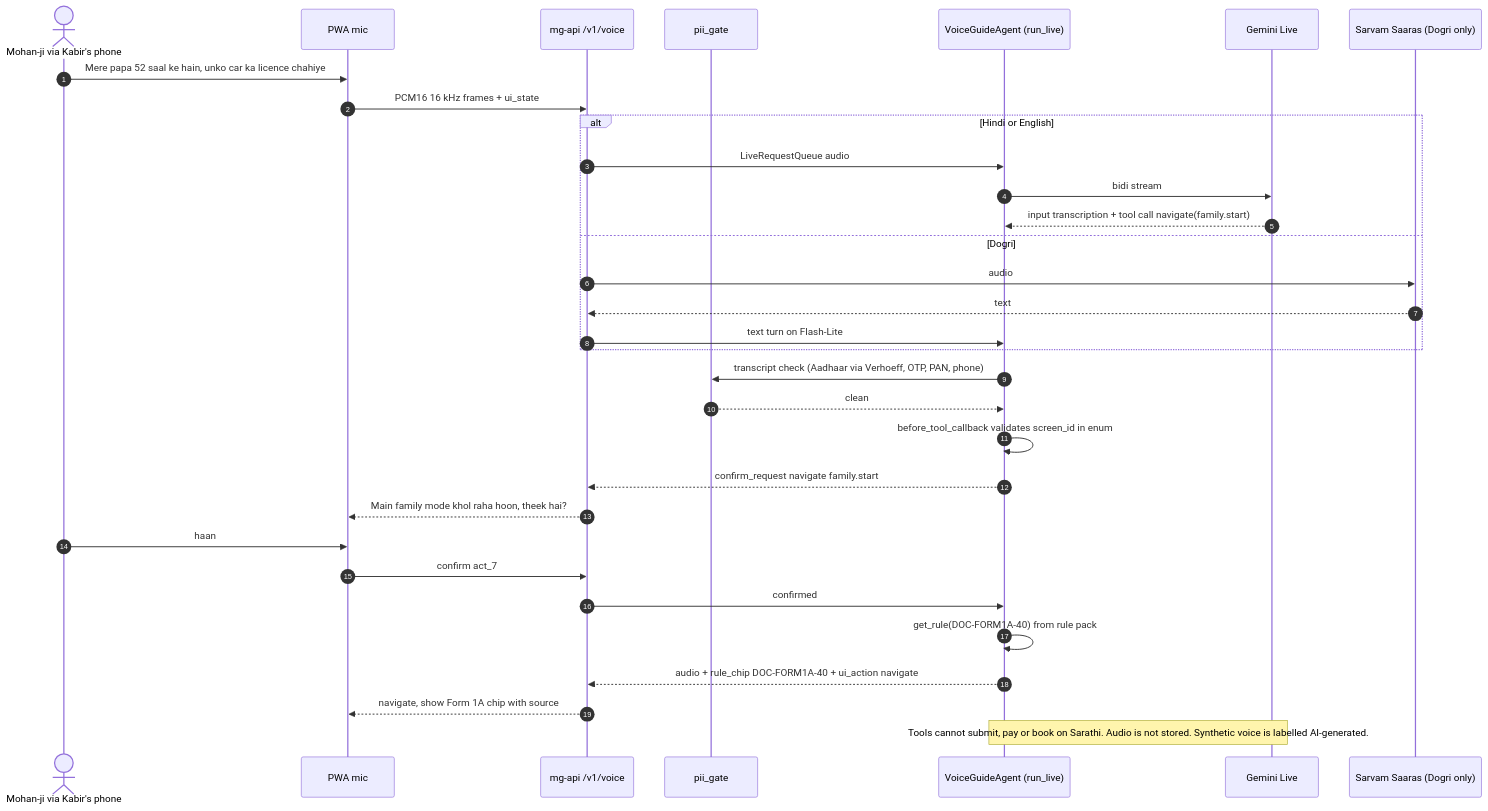
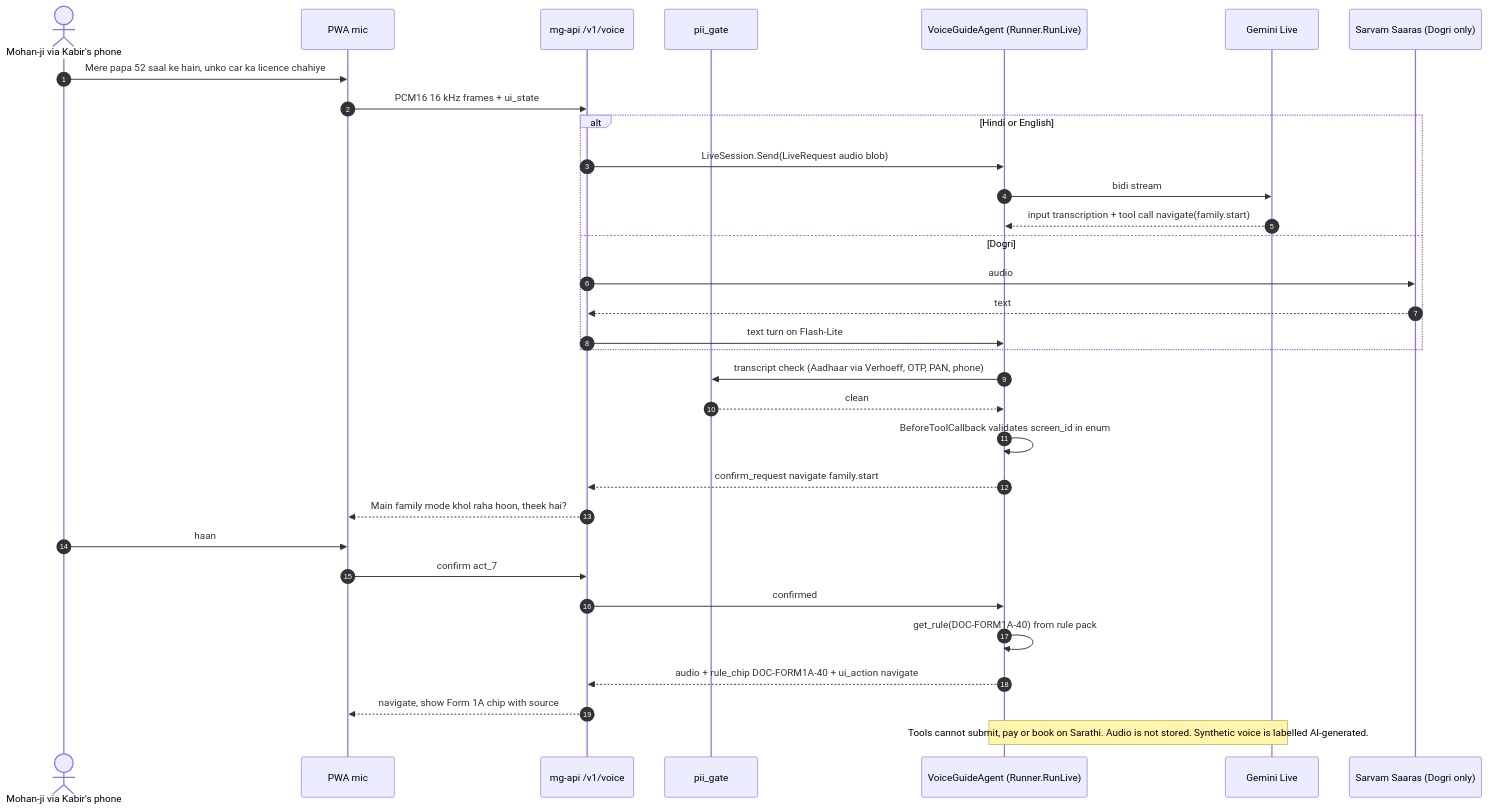
Before and after one commit to sruj08/margadarshak: the tenth of 14 diagrams in docs/03-engineering/ARCHITECTURE.md, drawn with Mermaid. The commit also changed other lines of this file and 1326 other files, not shown here.

````diff
--- a/docs/03-engineering/ARCHITECTURE.md
+++ b/docs/03-engineering/ARCHITECTURE.md
@@ -538,34 +576,34 @@
 ```mermaid
 sequenceDiagram
   autonumber
   actor M as Mohan-ji via Kabir's phone
   participant PWA as PWA mic
   participant WS as mg-api /v1/voice
   participant PG as pii_gate
-  participant VA as VoiceGuideAgent (run_live)
+  participant VA as VoiceGuideAgent (Runner.RunLive)
   participant GL as Gemini Live
   participant SAR as Sarvam Saaras (Dogri only)
   M->>PWA: Mere papa 52 saal ke hain, unko car ka licence chahiye
   PWA->>WS: PCM16 16 kHz frames + ui_state
   alt Hindi or English
-    WS->>VA: LiveRequestQueue audio
+    WS->>VA: LiveSession.Send(LiveRequest audio blob)
     VA->>GL: bidi stream
     GL-->>VA: input transcription + tool call navigate(family.start)
   else Dogri
     WS->>SAR: audio
     SAR-->>WS: text
     WS->>VA: text turn on Flash-Lite
   end
   VA->>PG: transcript check (Aadhaar via Verhoeff, OTP, PAN, phone)
   PG-->>VA: clean
-  VA->>VA: before_tool_callback validates screen_id in enum
+  VA->>VA: BeforeToolCallback validates screen_id in enum
   VA-->>WS: confirm_request navigate family.start
   WS-->>PWA: Main family mode khol raha hoon, theek hai?
   M->>PWA: haan
   PWA->>WS: confirm act_7
   WS->>VA: confirmed
   VA->>VA: get_rule(DOC-FORM1A-40) from rule pack
   VA-->>WS: audio + rule_chip DOC-FORM1A-40 + ui_action navigate
   WS-->>PWA: navigate, show Form 1A chip with source
   Note over VA,GL: Tools cannot submit, pay or book on Sarathi. Audio is not stored. Synthetic voice is labelled AI-generated.
 ```
````
